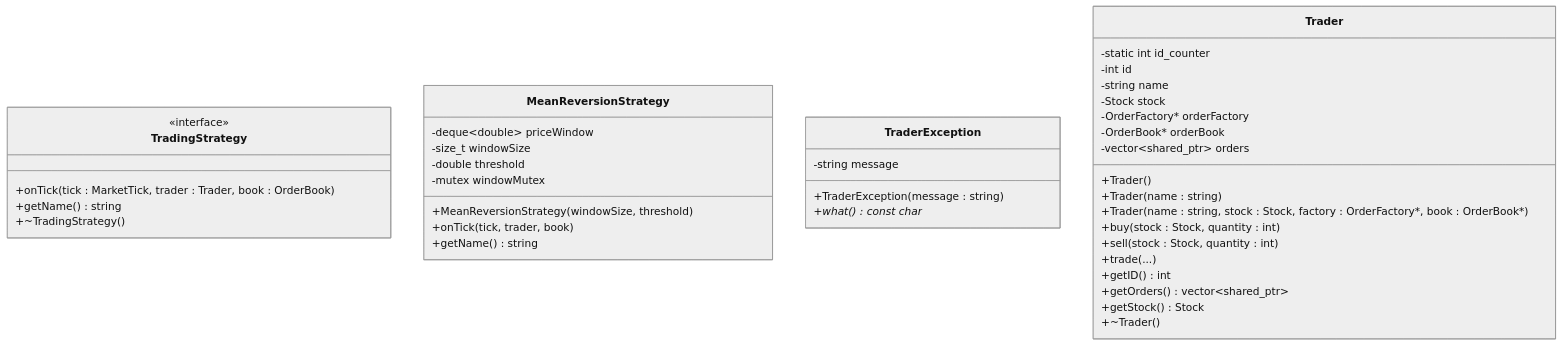
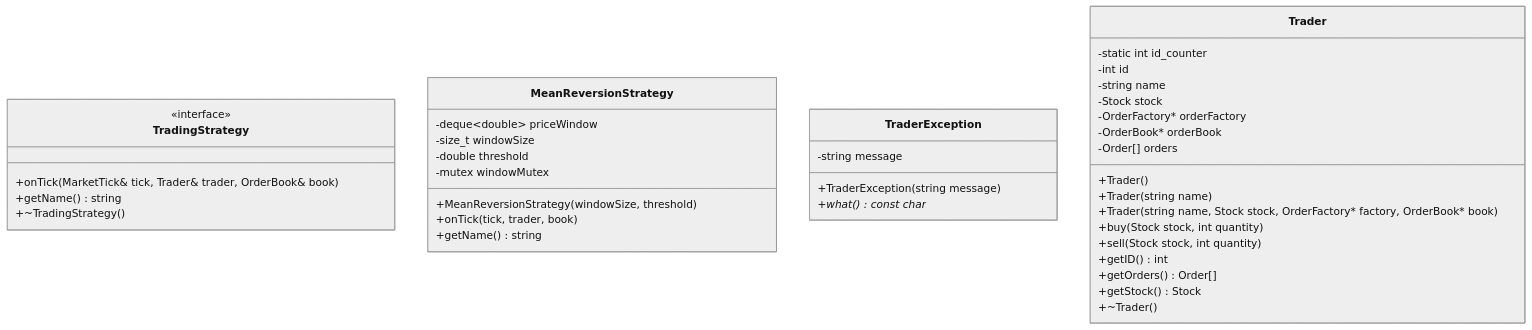
Before and after one commit to ArjunXvarma/mini-quant-trading-engine: the fourth of 5 diagrams in README.md, drawn with Mermaid (neutral theme). The commit also changed other lines of this file and 9 other files, not shown here.

````diff
--- a/README.md
+++ b/README.md
@@ -174,45 +215,44 @@
 ```mermaid
 classDiagram
     class TradingStrategy {
         <<interface>>
-        +onTick(tick : MarketTick, trader : Trader, book : OrderBook)
+        +onTick(MarketTick& tick, Trader& trader, OrderBook& book)
         +getName() string
         +~TradingStrategy()
     }
 
     class MeanReversionStrategy {
         -deque~double~ priceWindow
         -size_t windowSize
         -double threshold
         -mutex windowMutex
         +MeanReversionStrategy(windowSize, threshold)
         +onTick(tick, trader, book)
         +getName() string
     }
 
     class TraderException {
         -string message
-        +TraderException(message : string)
+        +TraderException(string message)
         +what() const char*
     }
 
     class Trader {
         -static int id_counter
         -int id
         -string name
         -Stock stock
         -OrderFactory* orderFactory
         -OrderBook* orderBook
-        -vector~shared_ptr<Order>~ orders
+        -Order[] orders
         +Trader()
-        +Trader(name : string)
-        +Trader(name : string, stock : Stock, factory : OrderFactory*, book : OrderBook*)
-        +buy(stock : Stock, quantity : int)
-        +sell(stock : Stock, quantity : int)
-        +trade(...)
+        +Trader(string name)
+        +Trader(string name, Stock stock, OrderFactory* factory, OrderBook* book)
+        +buy(Stock stock, int quantity)
+        +sell(Stock stock, int quantity)
         +getID() int
-        +getOrders() vector~shared_ptr<Order>~
+        +getOrders() Order[]
         +getStock() Stock
         +~Trader()
     }
 ```
````
